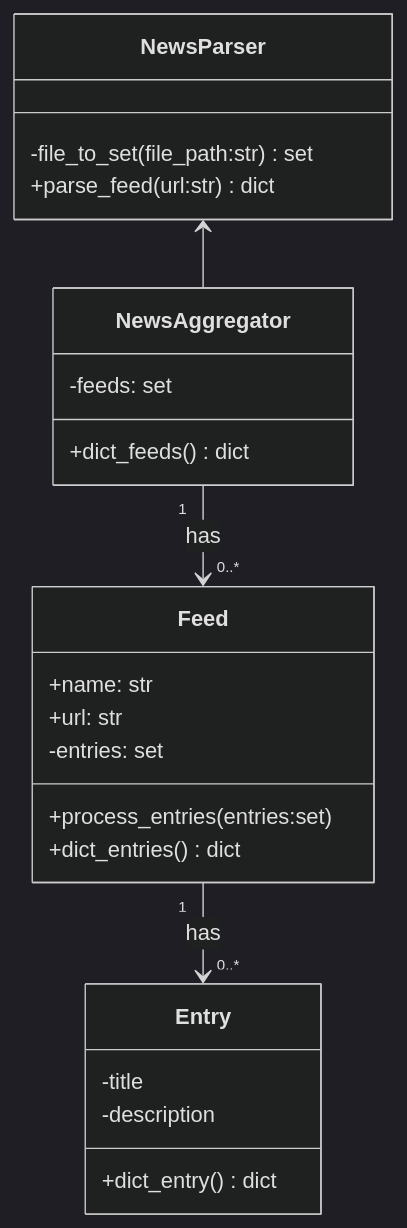
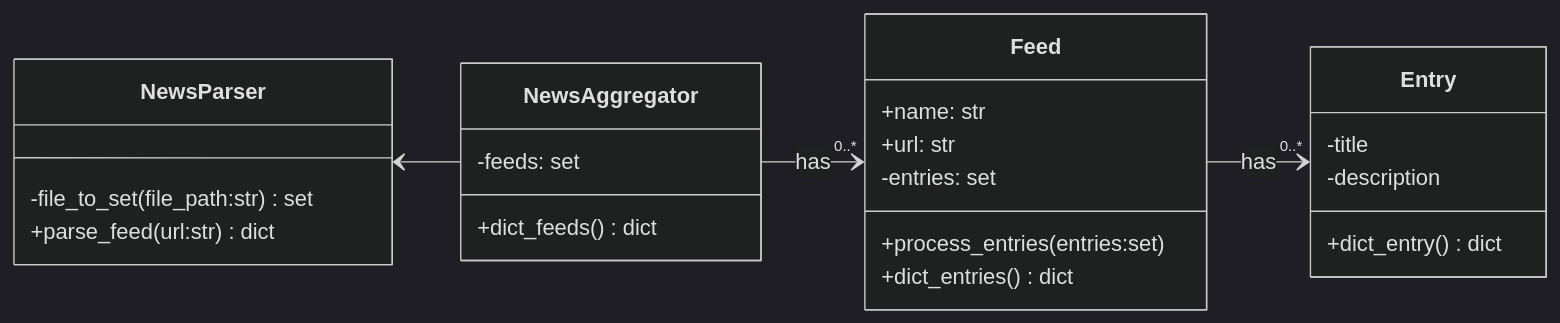
One commit to samuelgrootwassink/rt-event-tracker changed the second of 2 diagrams in LOG.md. Above: the diagram before and after it, drawn with Mermaid (dark theme). The commit also changed other lines of this file and 1 other file, not shown here.

````diff
--- a/LOG.md
+++ b/LOG.md
@@ -44,36 +82,37 @@
 ```mermaid
 classDiagram 
+direction LR
 
 class NewsParser{
     -file_to_set(file_path:str) set
     +parse_feed(url:str) dict
     
 }
 
 class NewsAggregator{
     -feeds: set
     +dict_feeds() dict
 
 }
+
 class Feed{
     +name: str
     +url: str
     -entries: set
 
     +process_entries(entries:set)
     +dict_entries() dict
 }
 
 
 class Entry{
     -title
     -description
     
     +dict_entry() dict
 }
- 
 NewsParser <-- NewsAggregator
-NewsAggregator "1" --> "0..*" Feed : has
-Feed "1" --> "0..*" Entry : has
+NewsAggregator  --> "0..*" Feed : has
+Feed  --> "0..*" Entry : has
 
 ```
````
